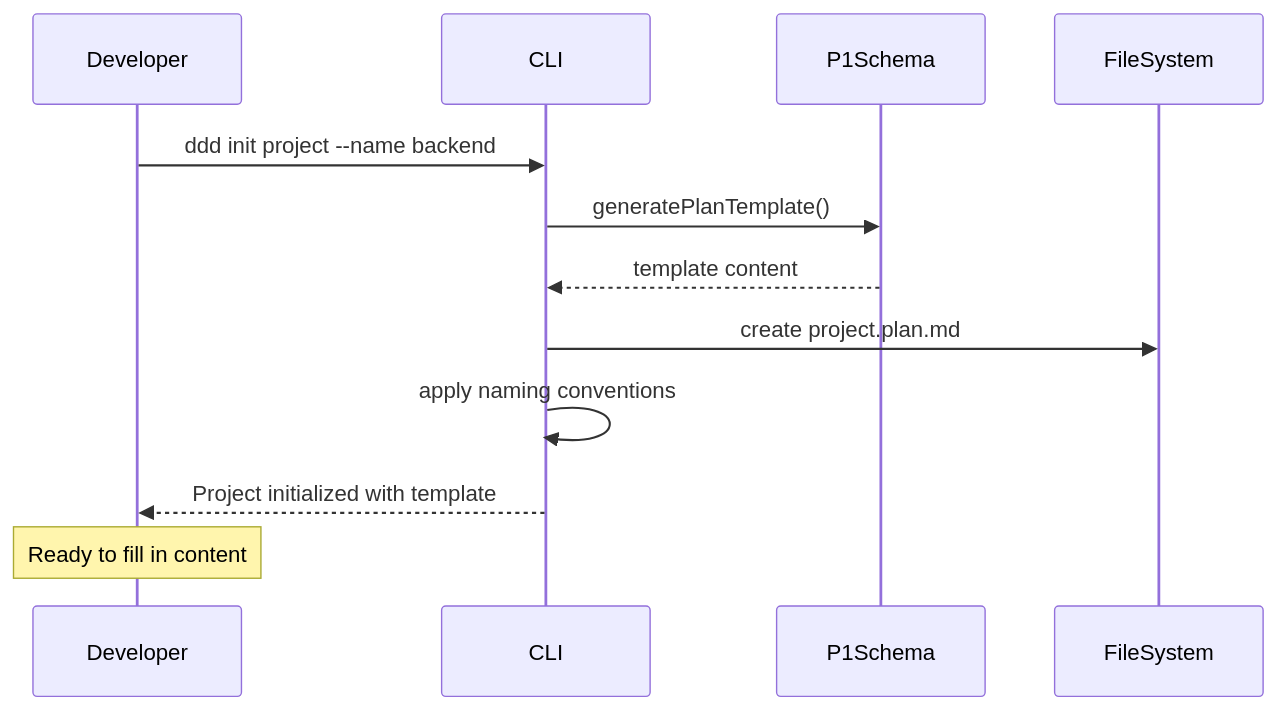
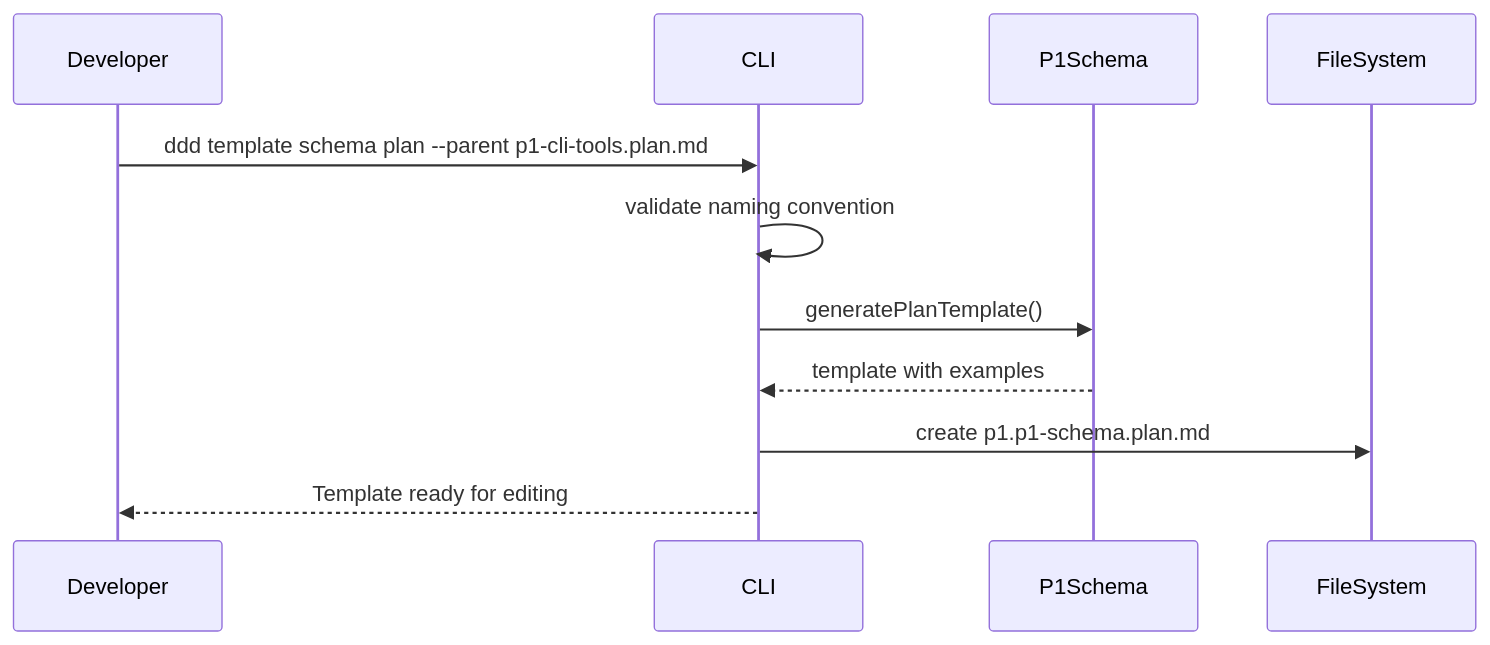
The second of 10 diagrams in docs/requirements/p1.p2-cli-tools.plan.md (livelifelively/documentation-driven-development-tools), drawn with Mermaid before and after one commit. The commit also changed other lines of this file and 5 other files, not shown here.

````diff
--- a/docs/requirements/p1.p2-cli-tools.plan.md
+++ b/docs/requirements/p1.p2-cli-tools.plan.md
@@ -40,15 +63,14 @@
 ```mermaid
 sequenceDiagram
     participant Developer
     participant CLI
     participant P1Schema
     participant FileSystem
 
-    Developer->>CLI: ddd init project --name backend
+    Developer->>CLI: ddd template schema plan --parent p1-cli-tools.plan.md
+    CLI->>CLI: validate naming convention
     CLI->>P1Schema: generatePlanTemplate()
-    P1Schema-->>CLI: template content
-    CLI->>FileSystem: create project.plan.md
-    CLI->>CLI: apply naming conventions
-    CLI-->>Developer: Project initialized with template
-    Note over Developer: Ready to fill in content
+    P1Schema-->>CLI: template with examples
+    CLI->>FileSystem: create p1.p1-schema.plan.md
+    CLI-->>Developer: Template ready for editing
 ```
````
